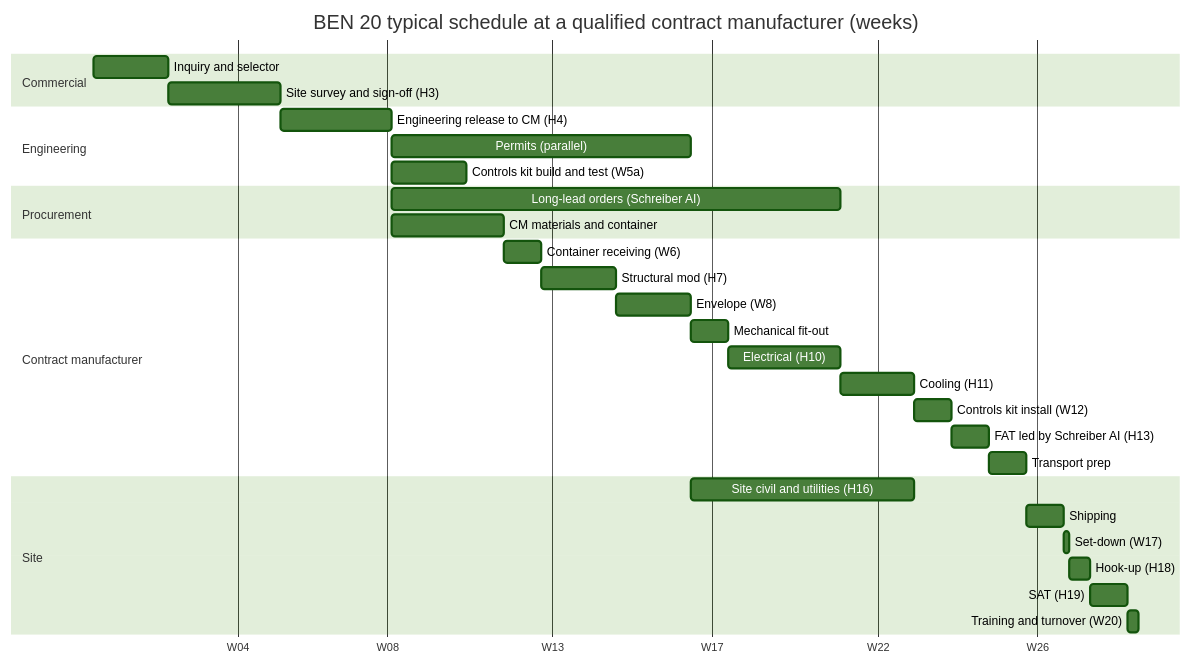
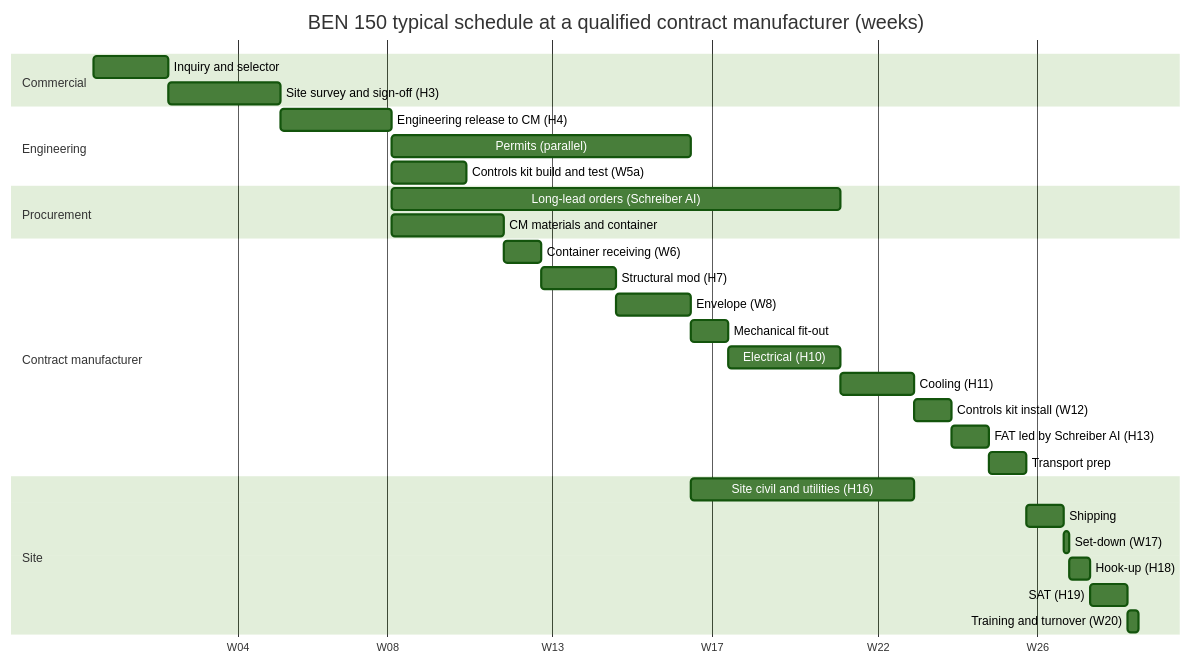
The second of 2 diagrams in docs/PROCESS_FLOW.md (PappaBears/BEN_Engine), drawn with Mermaid (forest theme) before and after one commit. The commit also changed other lines of this file and 62 other files, not shown here.

````diff
--- a/docs/PROCESS_FLOW.md
+++ b/docs/PROCESS_FLOW.md
@@ -102,33 +102,33 @@
 ```mermaid
 gantt
-    title BEN 20 typical schedule at a qualified contract manufacturer (weeks)
+    title BEN 150 typical schedule at a qualified contract manufacturer (weeks)
     dateFormat  YYYY-MM-DD
     axisFormat  W%W
     section Commercial
     Inquiry and selector               :a1, 2026-01-05, 2w
     Site survey and sign-off (H3)      :a2, after a1, 3w
     section Engineering
     Engineering release to CM (H4)     :b1, after a2, 3w
     Permits (parallel)                 :b2, after b1, 8w
     Controls kit build and test (W5a)  :b3, after b1, 2w
     section Procurement
     Long-lead orders (Schreiber AI)    :c1, after b1, 12w
     CM materials and container         :c2, after b1, 3w
     section Contract manufacturer
     Container receiving (W6)           :d1, after c2, 1w
     Structural mod (H7)                :d2, after d1, 2w
     Envelope (W8)                      :d3, after d2, 2w
     Mechanical fit-out                 :d4, after d3, 1w
     Electrical (H10)                   :d5, after d4, 3w
     Cooling (H11)                      :d6, after c1, 2w
     Controls kit install (W12)         :d7, after d6, 1w
     FAT led by Schreiber AI (H13)      :d8, after d7, 1w
     Transport prep                     :d9, after d8, 1w
     section Site
     Site civil and utilities (H16)     :e1, after b2, 6w
     Shipping                           :e2, after d9, 1w
     Set-down (W17)                     :e3, after e2, 1d
     Hook-up (H18)                      :e4, after e3, 4d
     SAT (H19)                          :e5, after e4, 1w
     Training and turnover (W20)        :e6, after e5, 2d
 ```
````
